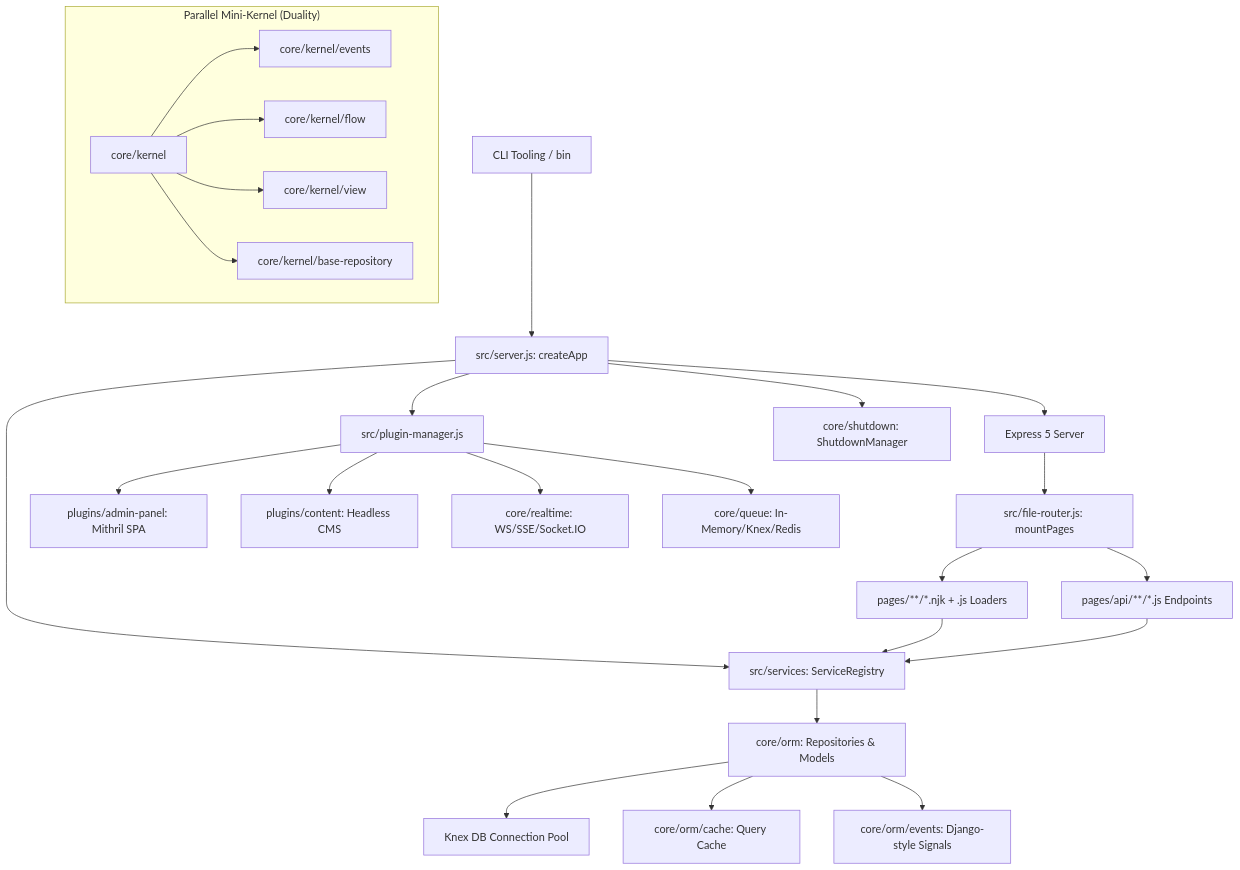
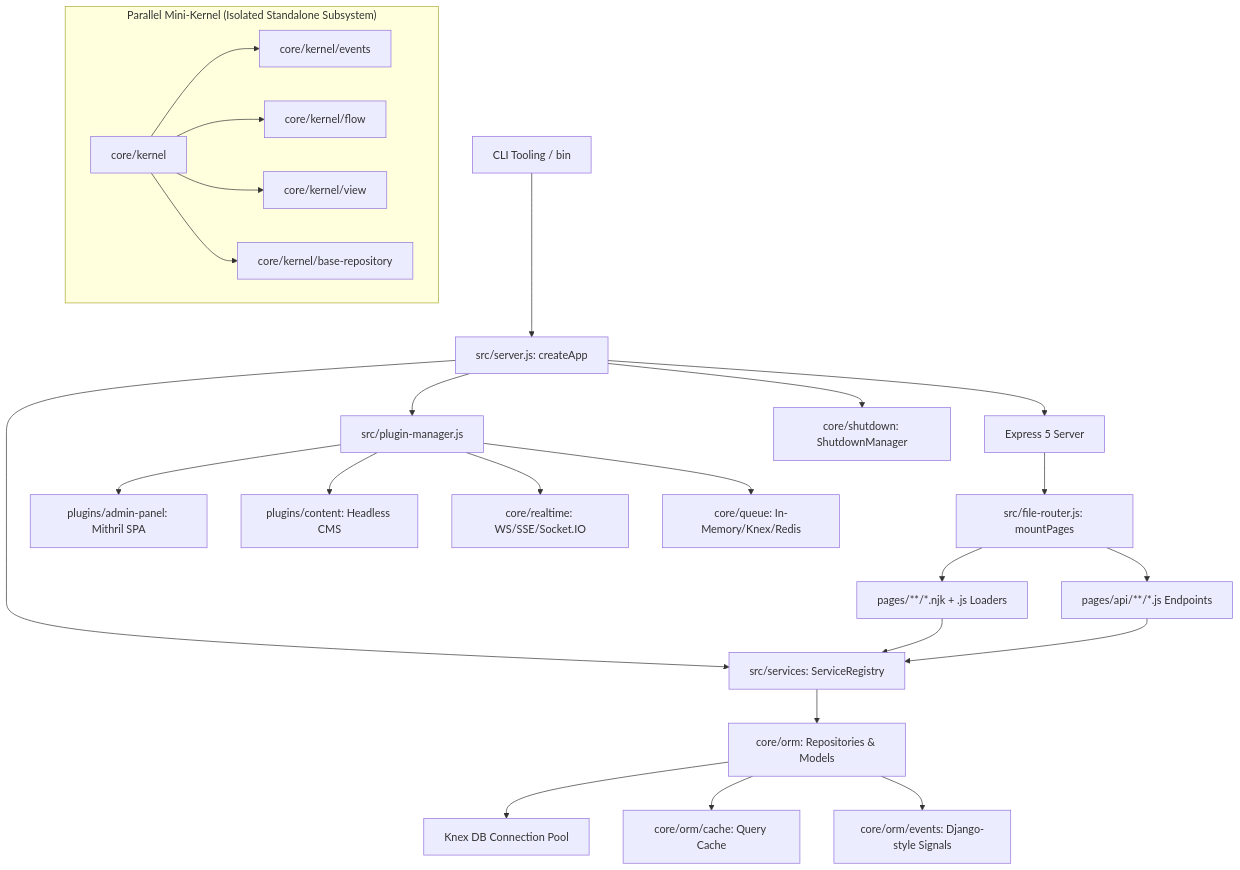
Before and after one commit to litepacks/webspresso: the first of 2 diagrams in TECHNICAL_REVIEW.md, drawn with Mermaid. The commit also changed other lines of this file and 35 other files, not shown here.

````diff
--- a/TECHNICAL_REVIEW.md
+++ b/TECHNICAL_REVIEW.md
@@ -35,32 +35,32 @@
 ```mermaid
 graph TD
     CLI[CLI Tooling / bin] --> AppInit[src/server.js: createApp]
     AppInit --> Express[Express 5 Server]
     AppInit --> PluginMgr[src/plugin-manager.js]
     AppInit --> SvcRegistry[src/services: ServiceRegistry]
     AppInit --> ShutdownMgr[core/shutdown: ShutdownManager]
     
     Express --> FileRouter[src/file-router.js: mountPages]
     FileRouter --> SSR[pages/**/*.njk + .js Loaders]
     FileRouter --> API[pages/api/**/*.js Endpoints]
     
     SSR --> SvcRegistry
     API --> SvcRegistry
     
     SvcRegistry --> ORM[core/orm: Repositories & Models]
     ORM --> Knex[Knex DB Connection Pool]
     ORM --> ORMCache[core/orm/cache: Query Cache]
     ORM --> ModelEvents[core/orm/events: Django-style Signals]
     
     PluginMgr --> AdminSPA[plugins/admin-panel: Mithril SPA]
     PluginMgr --> ContentCMS[plugins/content: Headless CMS]
     PluginMgr --> RealtimeLayer[core/realtime: WS/SSE/Socket.IO]
     PluginMgr --> BackgroundQueue[core/queue: In-Memory/Knex/Redis]
 
-    subgraph "Parallel Mini-Kernel (Duality)"
+    subgraph "Parallel Mini-Kernel (Isolated Standalone Subsystem)"
       Kernel[core/kernel] --> KernelEvents[core/kernel/events]
       Kernel --> KernelFlows[core/kernel/flow]
       Kernel --> KernelViews[core/kernel/view]
       Kernel --> BaseRepo[core/kernel/base-repository]
     end
 ```
````
